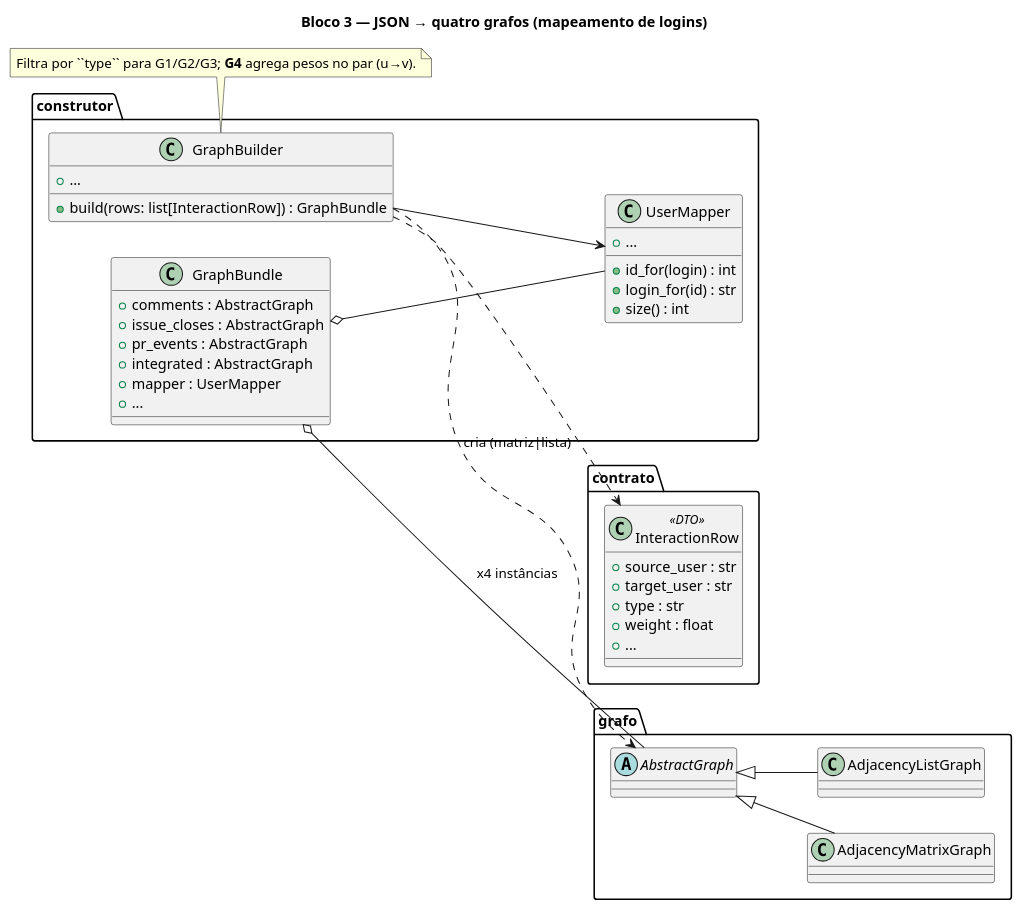
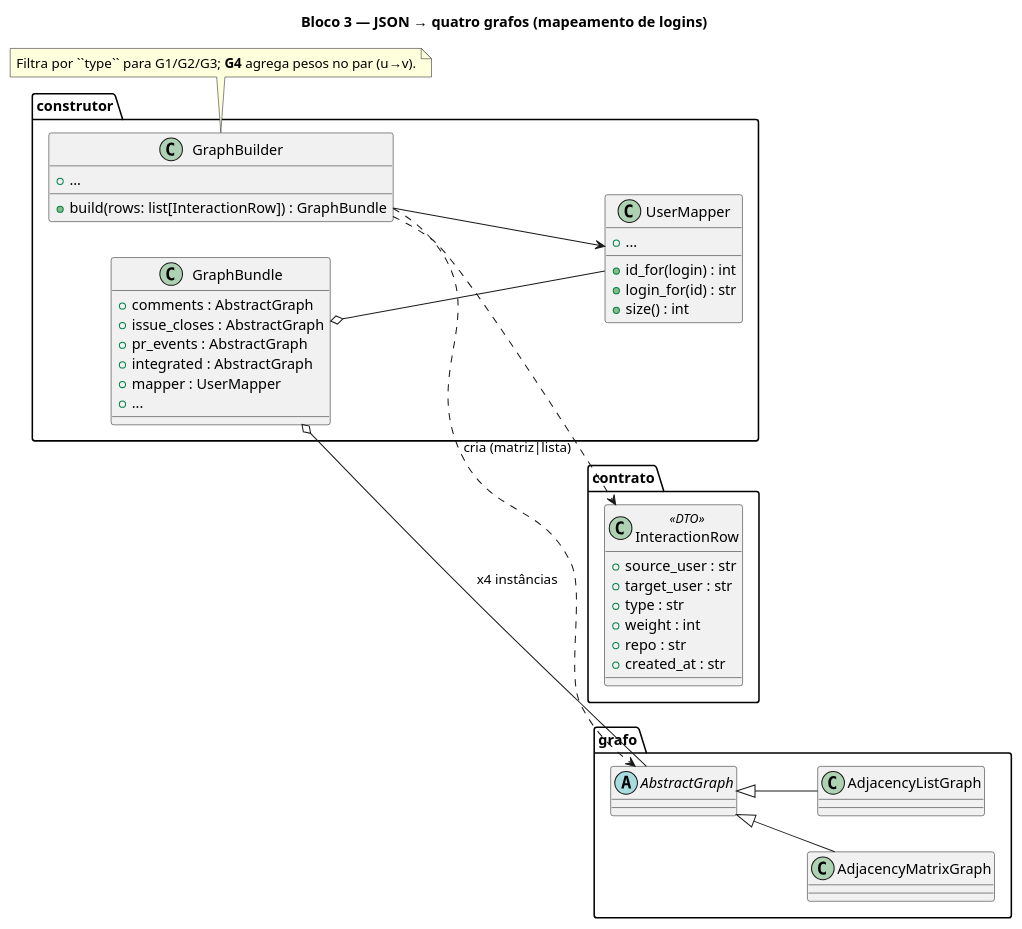
The diagram in docs/contrato/diagrama-construtor-grafos.puml (Erickguedesc/trabalho-pratico-grafos), drawn with PlantUML before and after one commit. The commit also changed 11 other files, not shown here.

```diff
--- a/docs/contrato/diagrama-construtor-grafos.puml
+++ b/docs/contrato/diagrama-construtor-grafos.puml
@@ -1,58 +1,59 @@
 @startuml diagrama-construtor-grafos
 
 title Bloco 3 — JSON → quatro grafos (mapeamento de logins)
 
 left to right direction
 
 package contrato {
   class InteractionRow <<DTO>> {
     + source_user : str
     + target_user : str
     + type : str
-    + weight : float
-    + ...
+    + weight : int
+    + repo : str
+    + created_at : str
   }
 }
 
 package construtor {
   class UserMapper {
     + id_for(login) : int
     + login_for(id) : str
     + size() : int
     + ...
   }
 
   class GraphBuilder {
     + build(rows: list[InteractionRow]) : GraphBundle
     + ...
   }
 
   class GraphBundle {
     + comments : AbstractGraph
     + issue_closes : AbstractGraph
     + pr_events : AbstractGraph
     + integrated : AbstractGraph
     + mapper : UserMapper
     + ...
   }
 }
 
 package grafo {
   abstract class AbstractGraph
   class AdjacencyMatrixGraph
   class AdjacencyListGraph
 }
 
 GraphBuilder ..> InteractionRow
 GraphBuilder --> UserMapper
 GraphBuilder ..> AbstractGraph : cria (matriz|lista)
 GraphBundle o-- UserMapper
 GraphBundle o-- AbstractGraph : x4 instâncias
 AbstractGraph <|-- AdjacencyMatrixGraph
 AbstractGraph <|-- AdjacencyListGraph
 
 note bottom of GraphBuilder
   Filtra por ``type`` para G1/G2/G3; **G4** agrega pesos no par (u→v).
 end note
 
 @enduml
```
